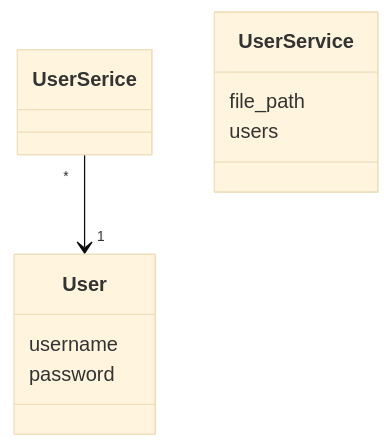
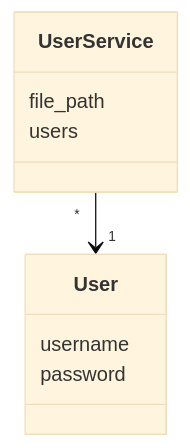
One commit to sandraole/ot-harjoitustyo changed the diagram in dokumentaatio/arkkitehtuuri.md. Above: the diagram before and after it, drawn with Mermaid (base theme). The commit also changed other lines of this file, not shown here.

````diff
--- a/dokumentaatio/arkkitehtuuri.md
+++ b/dokumentaatio/arkkitehtuuri.md
@@ -3,12 +3,12 @@
 ```mermaid
  classDiagram
-      UserSerice "*" --> "1" User
+      UserService "*" --> "1" User
       class User{
           username
           password
       }
       class UserService{
           file_path
           users
       }
 ```
````
